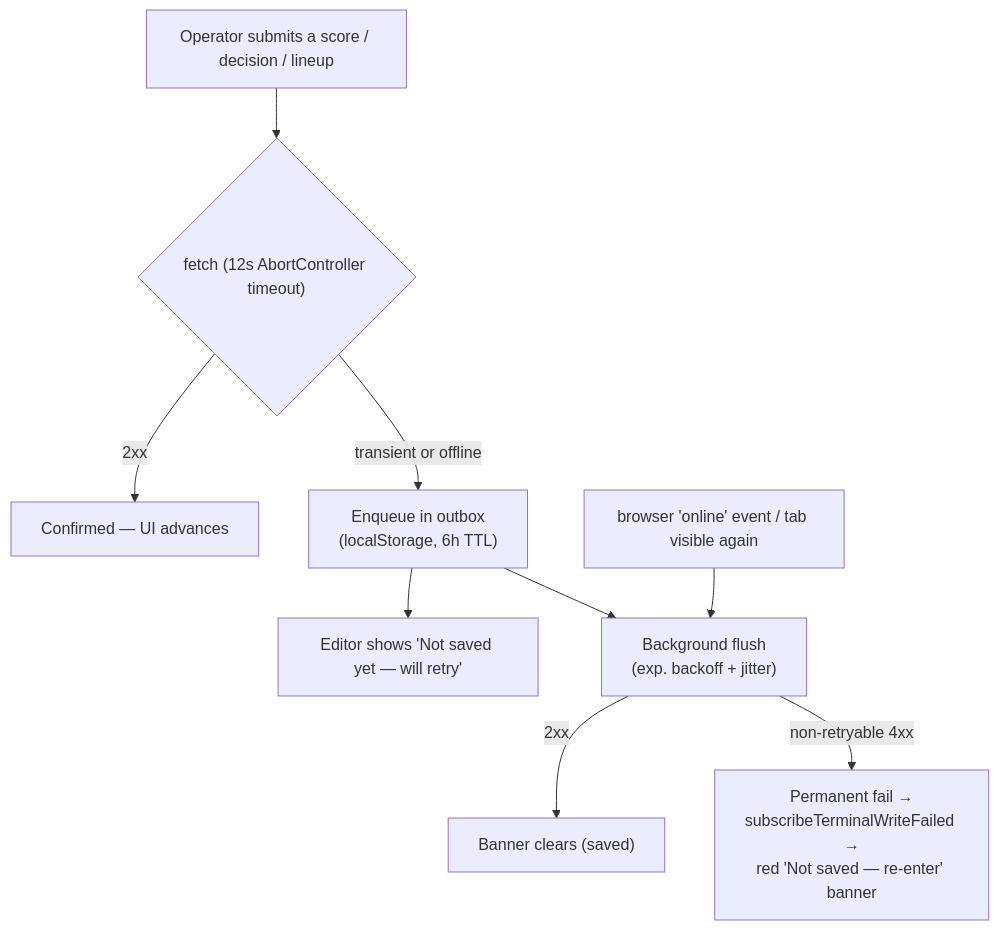
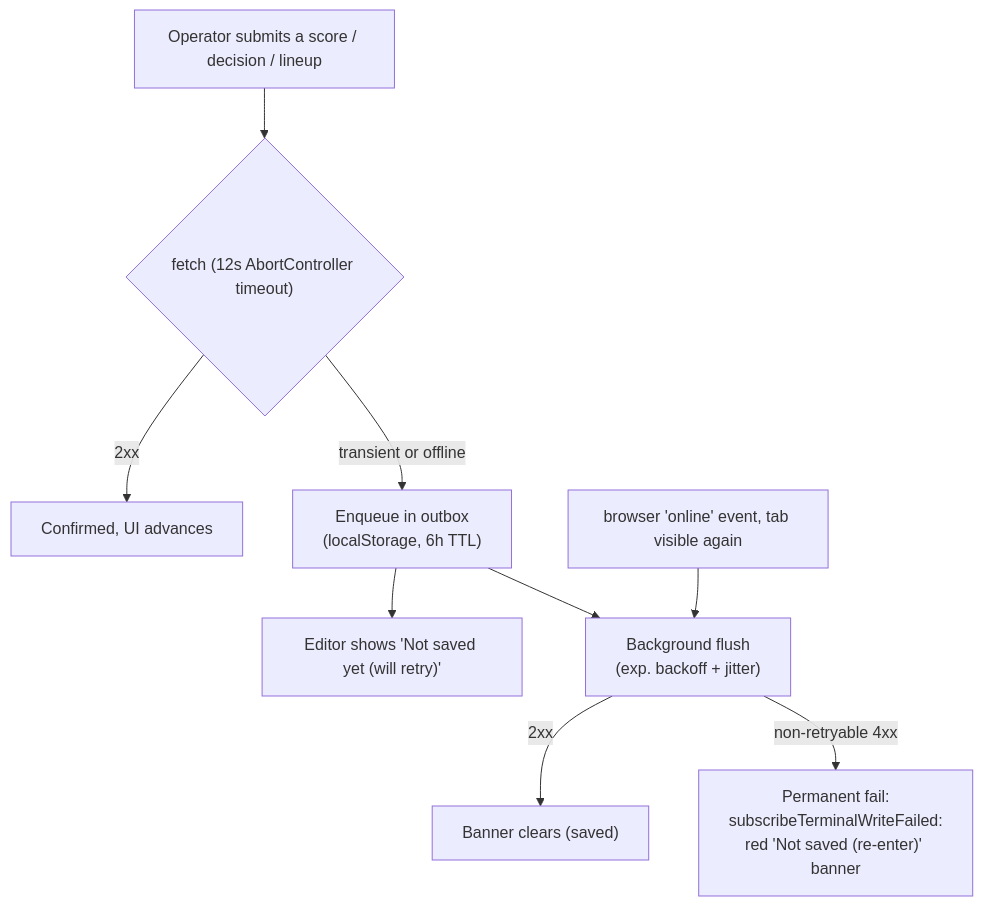
Before and after one commit to gitrgoliveira/bracket-creator: the fourth of 6 diagrams in docs/architecture/network-architecture.md, drawn with Mermaid. The commit also changed other lines of this file and 18 other files, not shown here.

````diff
--- a/docs/architecture/network-architecture.md
+++ b/docs/architecture/network-architecture.md
@@ -108,11 +108,11 @@
 ```mermaid
 flowchart TD
     submit["Operator submits a score / decision / lineup"] --> try{"fetch (12s AbortController timeout)"}
-    try -->|2xx| done["Confirmed — UI advances"]
+    try -->|2xx| done["Confirmed, UI advances"]
     try -->|transient or offline| q["Enqueue in outbox<br/>(localStorage, 6h TTL)"]
-    q --> banner["Editor shows 'Not saved yet — will retry'"]
+    q --> banner["Editor shows 'Not saved yet (will retry)'"]
     q --> flush["Background flush<br/>(exp. backoff + jitter)"]
     flush -->|2xx| cleared["Banner clears (saved)"]
-    flush -->|non-retryable 4xx| failed["Permanent fail →<br/>subscribeTerminalWriteFailed →<br/>red 'Not saved — re-enter' banner"]
-    online["browser 'online' event / tab visible again"] --> flush
+    flush -->|non-retryable 4xx| failed["Permanent fail:<br/>subscribeTerminalWriteFailed:<br/>red 'Not saved (re-enter)' banner"]
+    online["browser 'online' event, tab visible again"] --> flush
 ```
````
